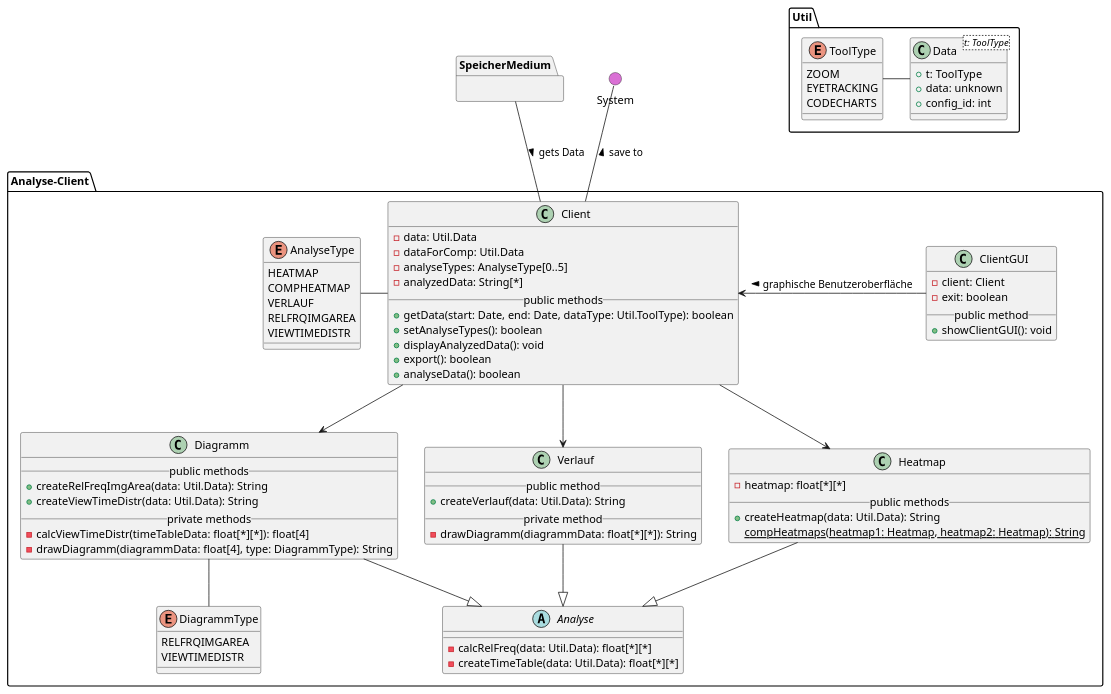
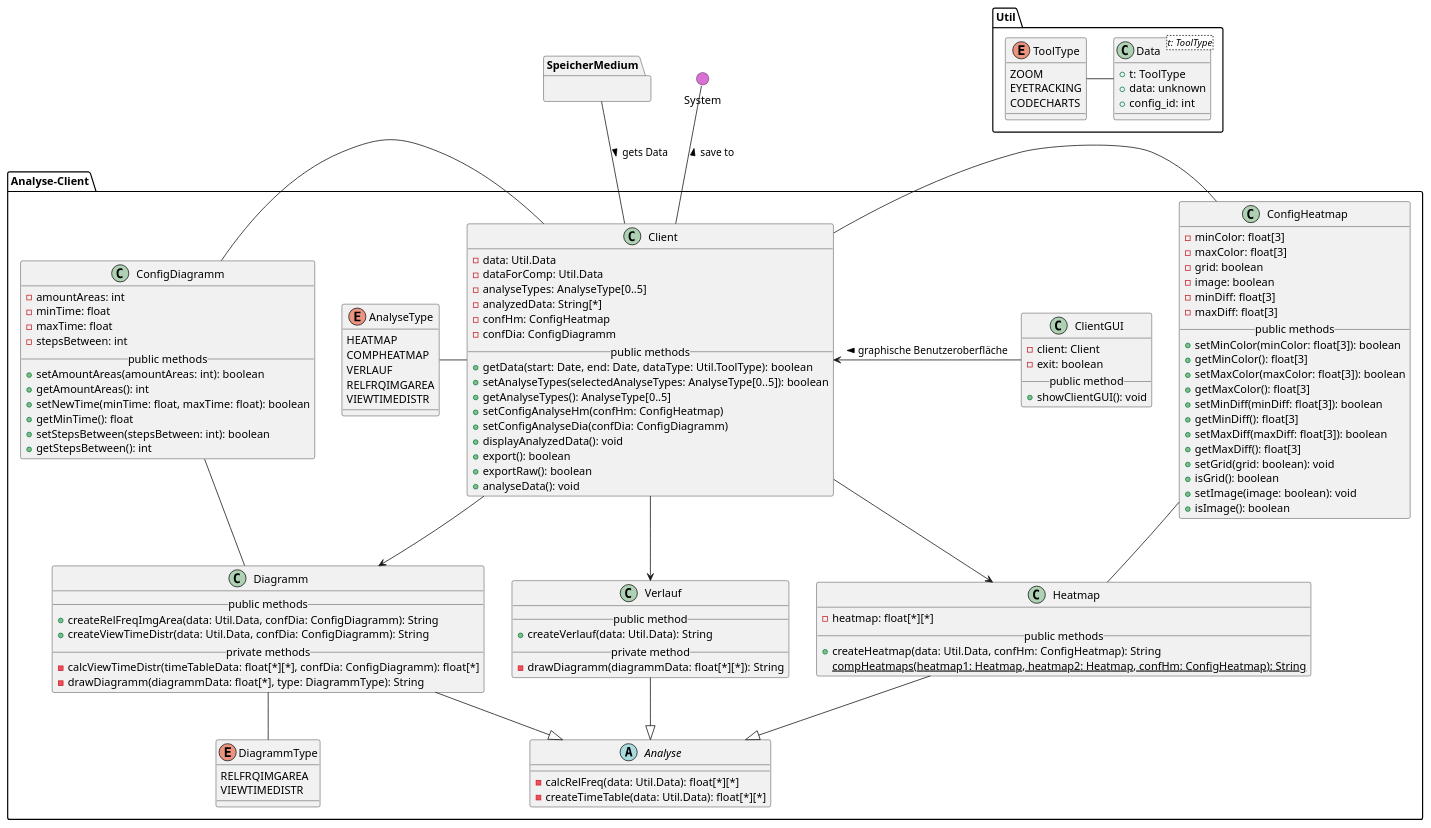
The diagram in uml-class/analyseclient/analyseclient.puml (weichware-10/dokumente), drawn with PlantUML before and after one commit.

Commit message:
Update Config

```diff
--- a/uml-class/analyseclient/analyseclient.puml
+++ b/uml-class/analyseclient/analyseclient.puml
@@ -1,119 +1,167 @@
 @startuml analyseclient
 
 ' === ANALYSE CLIENT ===
 package Analyse-Client{
 
     ' Client
     class Client {
         - data: Util.Data
         - dataForComp: Util.Data
         - analyseTypes: AnalyseType[0..5]
         - analyzedData: String[*]
+        - confHm: ConfigHeatmap
+        - confDia: ConfigDiagramm
         __public methods__
         + getData(start: Date, end: Date, dataType: Util.ToolType): boolean
-        + setAnalyseTypes(): boolean
+        + setAnalyseTypes(selectedAnalyseTypes: AnalyseType[0..5]): boolean
+        + getAnalyseTypes(): AnalyseType[0..5]
+        + setConfigAnalyseHm(confHm: ConfigHeatmap)
+        + setConfigAnalyseDia(confDia: ConfigDiagramm)
         + displayAnalyzedData(): void
         + export(): boolean
-        + analyseData(): boolean
+        + exportRaw(): boolean
+        + analyseData(): void
     }
 
     ' Analyse
     abstract Analyse {
         - calcRelFreq(data: Util.Data): float[*][*]
         - createTimeTable(data: Util.Data): float[*][*]
     }
 
     ' Heatmap
     class Heatmap {
         - heatmap: float[*][*]
         __public methods__
-        + createHeatmap(data: Util.Data): String
-        {static} compHeatmaps(heatmap1: Heatmap, heatmap2: Heatmap): String
+        + createHeatmap(data: Util.Data, confHm: ConfigHeatmap): String
+        {static} compHeatmaps(heatmap1: Heatmap, heatmap2: Heatmap, confHm: ConfigHeatmap): String
     }
 
     ' Verlauf
     class Verlauf {
         __public method__
         + createVerlauf(data: Util.Data): String
         __private method__
         - drawDiagramm(diagrammData: float[*][*]): String
     }
 
     ' Diagramm
     class Diagramm {
         __public methods__
-        + createRelFreqImgArea(data: Util.Data): String
-        + createViewTimeDistr(data: Util.Data): String
+        + createRelFreqImgArea(data: Util.Data, confDia: ConfigDiagramm): String
+        + createViewTimeDistr(data: Util.Data, confDia: ConfigDiagramm): String
         __private methods__
-        - calcViewTimeDistr(timeTableData: float[*][*]): float[4]
-        - drawDiagramm(diagrammData: float[4], type: DiagrammType): String
+        - calcViewTimeDistr(timeTableData: float[*][*], confDia: ConfigDiagramm): float[*]
+        - drawDiagramm(diagrammData: float[*], type: DiagrammType): String
+    }
+
+    ' ConfigDiagramm
+    class ConfigDiagramm {
+        - amountAreas: int
+        - minTime: float
+        - maxTime: float
+        - stepsBetween: int
+        __public methods__
+        + setAmountAreas(amountAreas: int): boolean
+        + getAmountAreas(): int
+        + setNewTime(minTime: float, maxTime: float): boolean
+        + getMinTime(): float
+        + setStepsBetween(stepsBetween: int): boolean
+        + getStepsBetween(): int
+    }
+
+    ' ConfigHeatmap
+    class ConfigHeatmap {
+        - minColor: float[3]
+        - maxColor: float[3]
+        - grid: boolean
+        - image: boolean
+        - minDiff: float[3]
+        - maxDiff: float[3]
+        __public methods__
+        + setMinColor(minColor: float[3]): boolean
+        + getMinColor(): float[3]
+        + setMaxColor(maxColor: float[3]): boolean
+        + getMaxColor(): float[3]
+        + setMinDiff(minDiff: float[3]): boolean
+        + getMinDiff(): float[3]
+        + setMaxDiff(maxDiff: float[3]): boolean
+        + getMaxDiff(): float[3]
+        + setGrid(grid: boolean): void
+        + isGrid(): boolean
+        + setImage(image: boolean): void
+        + isImage(): boolean
     }
 
     ' DiagrammType
     enum DiagrammType {
         RELFRQIMGAREA
         VIEWTIMEDISTR 
     }
 
     ' Type
     enum AnalyseType {
         HEATMAP
         COMPHEATMAP
         VERLAUF
         RELFRQIMGAREA
         VIEWTIMEDISTR
     }
 
     ' ClientGUI
     class ClientGUI {
         - client: Client
         - exit: boolean
         __public method__
         + showClientGUI(): void
     }
 
     ' Vererbung
     Analyse <|-u- Heatmap
     Analyse <|-u- Verlauf
     Analyse <|-u- Diagramm
 
     ' Interaktionen
     Client -d-> Heatmap
     Client -d-> Verlauf
     Client -d-> Diagramm
     Client -l- AnalyseType
     Client <-r- ClientGUI : < graphische Benutzeroberfläche
     Diagramm -- DiagrammType
+    ConfigDiagramm -- Diagramm
+    ConfigDiagramm -r- Client
+    ConfigHeatmap -- Heatmap
+    ConfigHeatmap -l- Client
 
 }
 
 ' Blackbox
 package SpeicherMedium {}
 
 package Util {
 
     ' Typen der erhobenen Daten
     enum ToolType {
         ZOOM
         EYETRACKING
         CODECHARTS
     }
 
     ' Daten
     class Data<t: ToolType> {
         + t: ToolType
         + data: unknown
         + config_id: int
     }
 
     ' Interaktionen
     Data -l- ToolType
 }
 
 () System #DA70D5
 
 ' Interaktionen
 Client -u- System: > save to
 Client -u- SpeicherMedium : < gets Data
 
 @enduml
```
